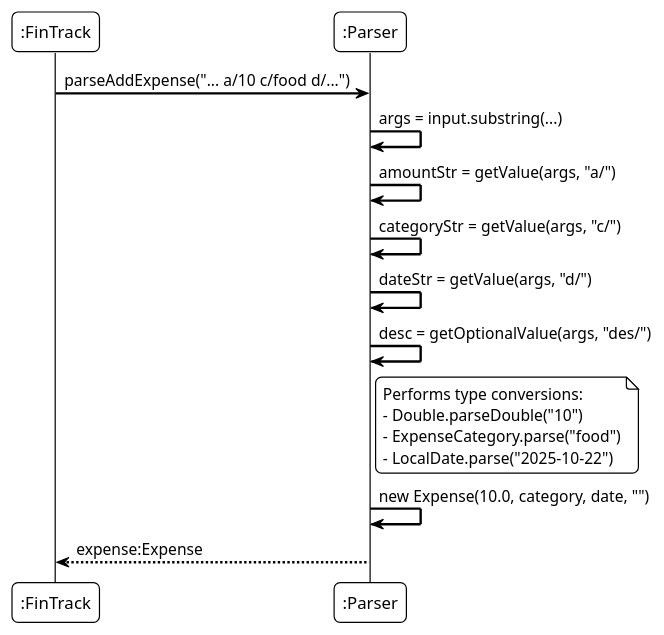
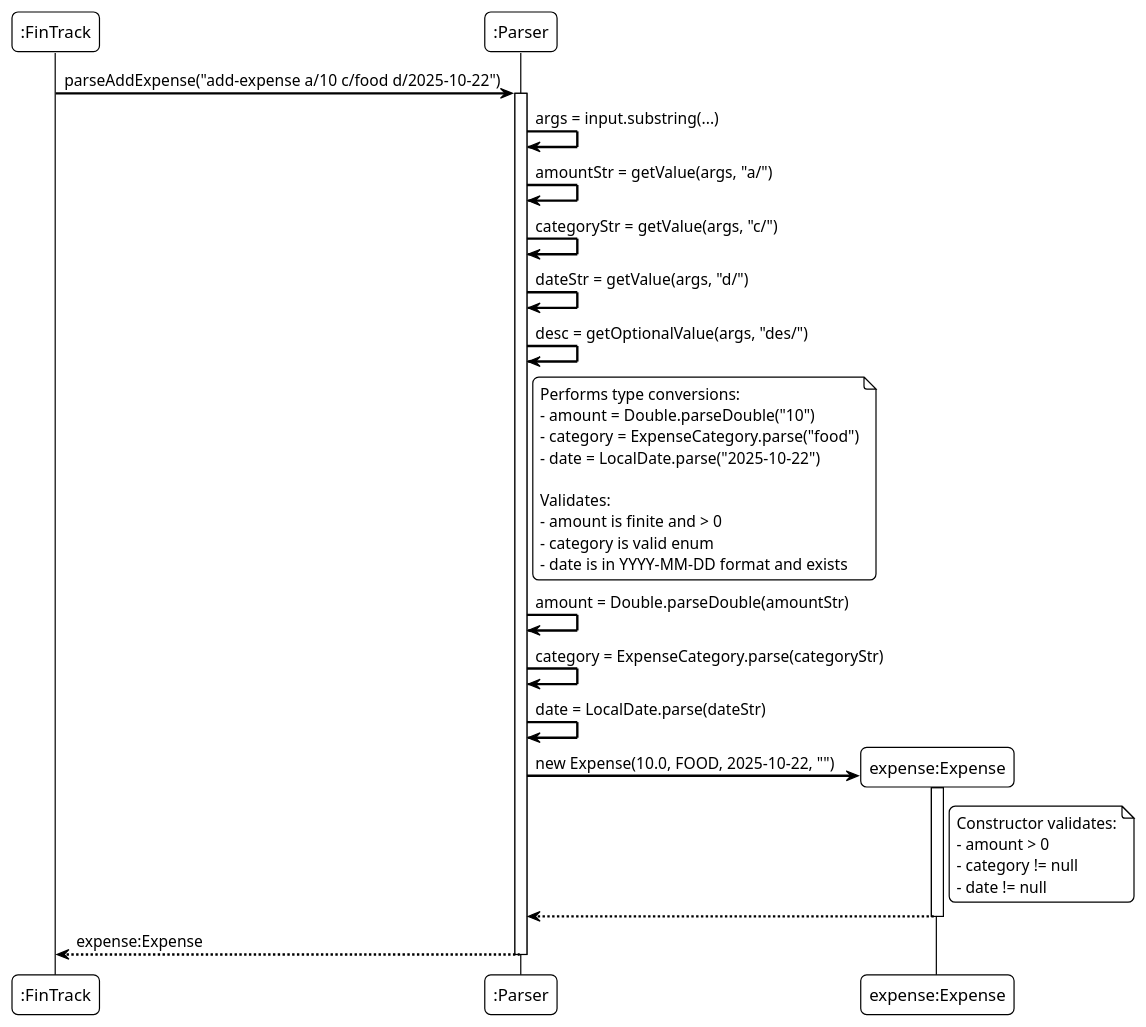
Before and after one commit to AY2526S1-CS2113-W12-4/tp: the diagram in docs/diagrams/parser.puml, drawn with PlantUML. The commit also changed 3 other files, not shown here.

```diff
--- a/docs/diagrams/parser.puml
+++ b/docs/diagrams/parser.puml
@@ -1,31 +1,53 @@
 @startuml
 !theme plain
 skinparam sequenceArrowThickness 2
 skinparam roundcorner 10
 skinparam participantpadding 5
 skinparam boxpadding 30
 
 participant ":FinTrack"
 participant ":Parser"
+participant "expense:Expense" as Expense
 
-":FinTrack" -> ":Parser" : parseAddExpense("... a/10 c/food d/...")
+":FinTrack" -> ":Parser" : parseAddExpense("add-expense a/10 c/food d/2025-10-22")
 
-' --- Argument Parsing --- '
+activate ":Parser"
 ":Parser" -> ":Parser" : args = input.substring(...)
 ":Parser" -> ":Parser" : amountStr = getValue(args, "a/")
 ":Parser" -> ":Parser" : categoryStr = getValue(args, "c/")
 ":Parser" -> ":Parser" : dateStr = getValue(args, "d/")
 ":Parser" -> ":Parser" : desc = getOptionalValue(args, "des/")
 
-' --- Validation and Construction --- '
 note right of ":Parser"
     Performs type conversions:
-    - Double.parseDouble("10")
-    - ExpenseCategory.parse("food")
-    - LocalDate.parse("2025-10-22")
+    - amount = Double.parseDouble("10")
+    - category = ExpenseCategory.parse("food")
+    - date = LocalDate.parse("2025-10-22")
+
+    Validates:
+    - amount is finite and > 0
+    - category is valid enum
+    - date is in YYYY-MM-DD format and exists
 end note
 
-":Parser" -> ":Parser" : new Expense(10.0, category, date, "")
+":Parser" -> ":Parser" : amount = Double.parseDouble(amountStr)
+":Parser" -> ":Parser" : category = ExpenseCategory.parse(categoryStr)
+":Parser" -> ":Parser" : date = LocalDate.parse(dateStr)
+
+create Expense
+":Parser" -> Expense : new Expense(10.0, FOOD, 2025-10-22, "")
+activate Expense
+
+note right of Expense
+    Constructor validates:
+    - amount > 0
+    - category != null
+    - date != null
+end note
+
+Expense --> ":Parser"
+deactivate Expense
 
 ":Parser" --> ":FinTrack" : expense:Expense
+deactivate ":Parser"
 @enduml
```
